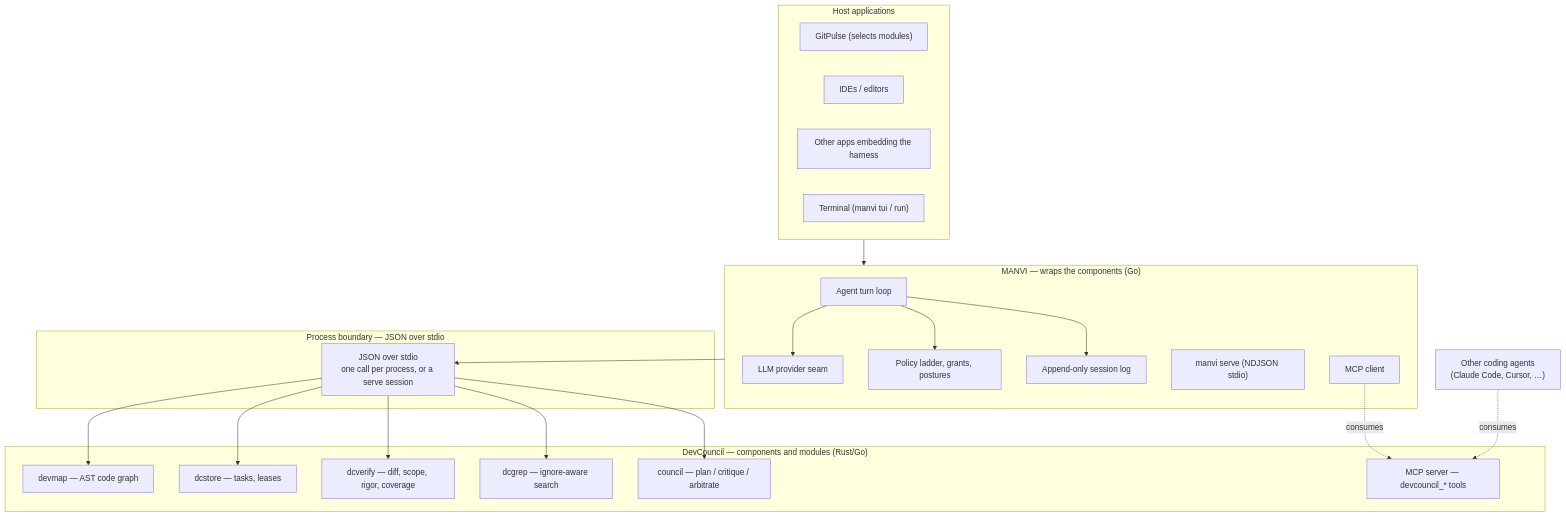
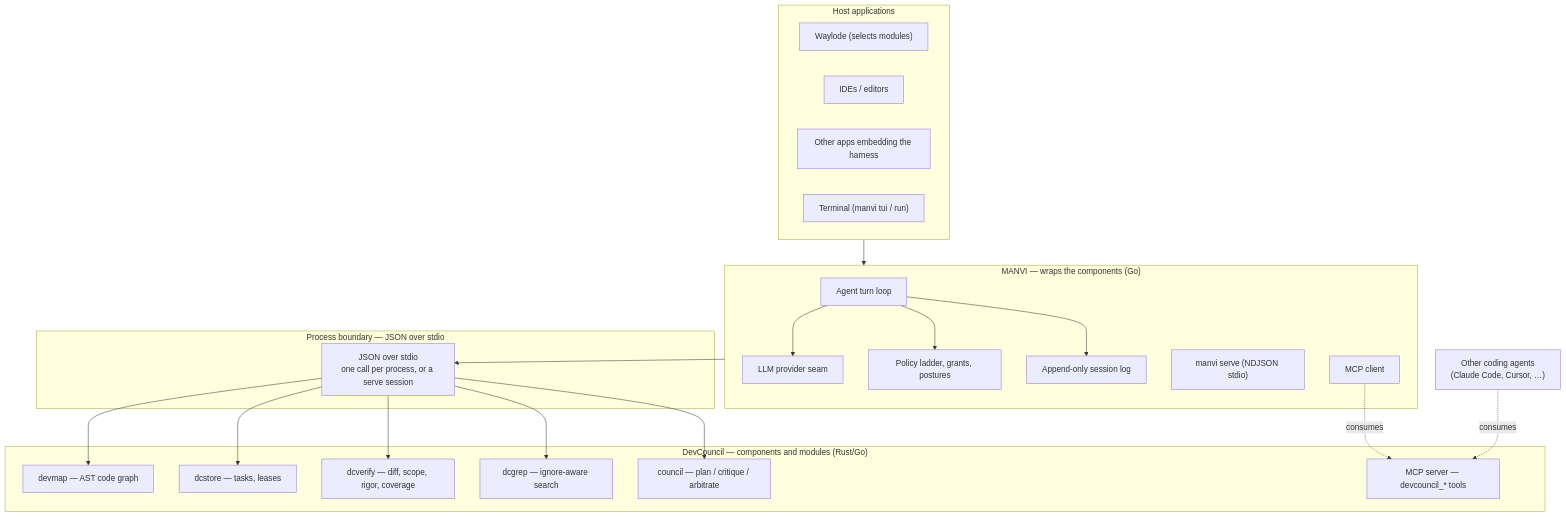
Before and after one commit to bharathvbcr/Manvi: the diagram in docs/COMPONENTS_AND_HARNESS.md, drawn with Mermaid. The commit also changed other lines of this file and 18 other files, not shown here.

````diff
--- a/docs/COMPONENTS_AND_HARNESS.md
+++ b/docs/COMPONENTS_AND_HARNESS.md
@@ -23,40 +23,40 @@
 ```mermaid
 flowchart TB
     subgraph Apps["Host applications"]
-        GitPulse["GitPulse (selects modules)"]
+        Waylode["Waylode (selects modules)"]
         IDE["IDEs / editors"]
         Other["Other apps embedding the harness"]
         Term["Terminal (manvi tui / run)"]
     end
 
     subgraph Harness["MANVI — wraps the components (Go)"]
         Loop["Agent turn loop"]
         LLM["LLM provider seam"]
         Gate["Policy ladder, grants, postures"]
         Session["Append-only session log"]
         Serve["manvi serve (NDJSON stdio)"]
         MCPClient["MCP client"]
     end
 
     subgraph Boundary["Process boundary — JSON over stdio"]
         Exec["JSON over stdio<br/>one call per process, or a serve session"]
     end
 
     subgraph Components["DevCouncil — components and modules (Rust/Go)"]
         DevMap["devmap — AST code graph"]
         Store["dcstore — tasks, leases"]
         Verify["dcverify — diff, scope, rigor, coverage"]
         Grep["dcgrep — ignore-aware search"]
         Council["council — plan / critique / arbitrate"]
         MCPServer["MCP server — devcouncil_* tools"]
     end
 
     Apps --> Harness
     Loop --> Gate
     Loop --> LLM
     Loop --> Session
     Harness --> Exec
     Exec --> DevMap & Store & Verify & Grep & Council
     MCPClient -.consumes.-> MCPServer
     OtherAgents["Other coding agents<br/>(Claude Code, Cursor, …)"] -.consumes.-> MCPServer
 ```
````
